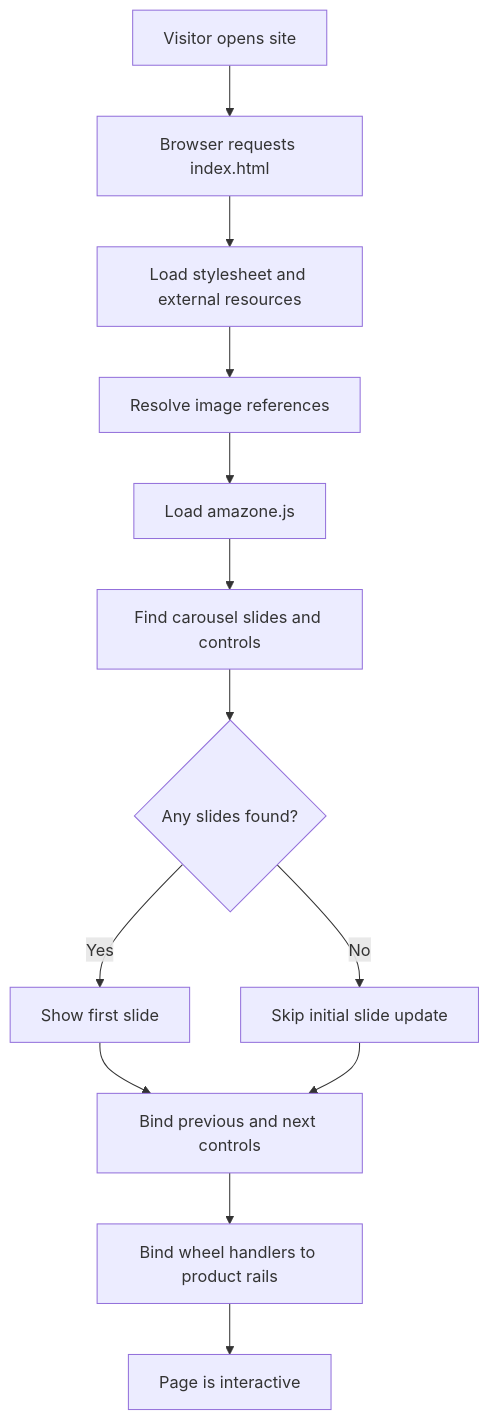
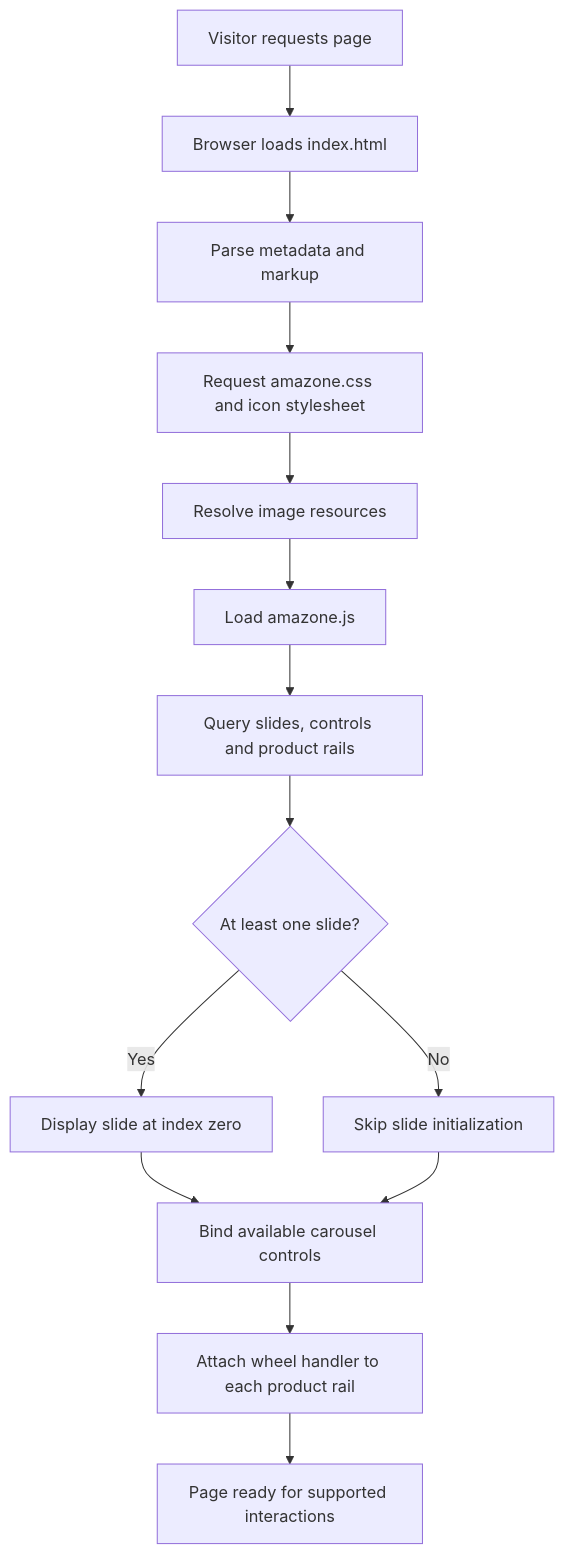
Before and after one commit to Brajesh31/Amazon_Clone: the first of 4 diagrams in docs/workflow.md, drawn with Mermaid. The commit also changed other lines of this file, not shown here.

````diff
--- a/docs/workflow.md
+++ b/docs/workflow.md
@@ -9,15 +9,16 @@
 ```mermaid
 flowchart TD
-    A[Visitor opens site] --> B[Browser requests index.html]
-    B --> C[Load stylesheet and external resources]
-    C --> D[Resolve image references]
-    D --> E[Load amazone.js]
-    E --> F[Find carousel slides and controls]
-    F --> G{Any slides found?}
-    G -- Yes --> H[Show first slide]
-    G -- No --> I[Skip initial slide update]
-    H --> J[Bind previous and next controls]
-    I --> J
-    J --> K[Bind wheel handlers to product rails]
-    K --> L[Page is interactive]
+    A[Visitor requests page] --> B[Browser loads index.html]
+    B --> C[Parse metadata and markup]
+    C --> D[Request amazone.css and icon stylesheet]
+    D --> E[Resolve image resources]
+    E --> F[Load amazone.js]
+    F --> G[Query slides, controls and product rails]
+    G --> H{At least one slide?}
+    H -- Yes --> I[Display slide at index zero]
+    H -- No --> J[Skip slide initialization]
+    I --> K[Bind available carousel controls]
+    J --> K
+    K --> L[Attach wheel handler to each product rail]
+    L --> M[Page ready for supported interactions]
 ```
````
